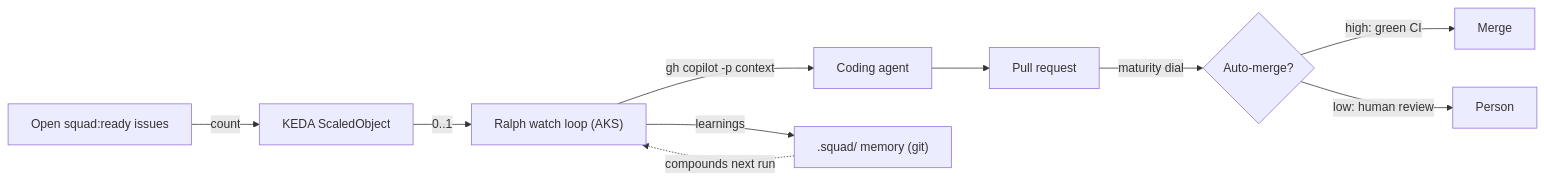
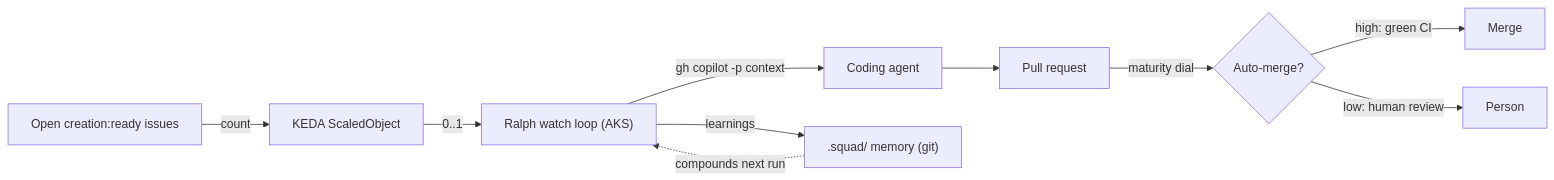
Before and after one commit to JoranBergfeld/dark-software-factory: the diagram in docs/site/concept/coding-squad.md, drawn with Mermaid. The commit also changed other lines of this file and 8 other files, not shown here.

First line of the commit message:
refactor(core): rename handoff label squad:ready -> creation:ready

````diff
--- a/docs/site/concept/coding-squad.md
+++ b/docs/site/concept/coding-squad.md
@@ -59,12 +59,12 @@
 ```mermaid
 flowchart LR
-    I["Open squad:ready issues"] -->|count| K[KEDA ScaledObject]
+    I["Open creation:ready issues"] -->|count| K[KEDA ScaledObject]
     K -->|0..1| R["Ralph watch loop (AKS)"]
     R -->|gh copilot -p context| A[Coding agent]
     A --> PR[Pull request]
     R -->|learnings| M[".squad/ memory (git)"]
     M -.->|compounds next run| R
     PR -->|maturity dial| G{Auto-merge?}
     G -->|high: green CI| Merge
     G -->|low: human review| Person
 ```
````
